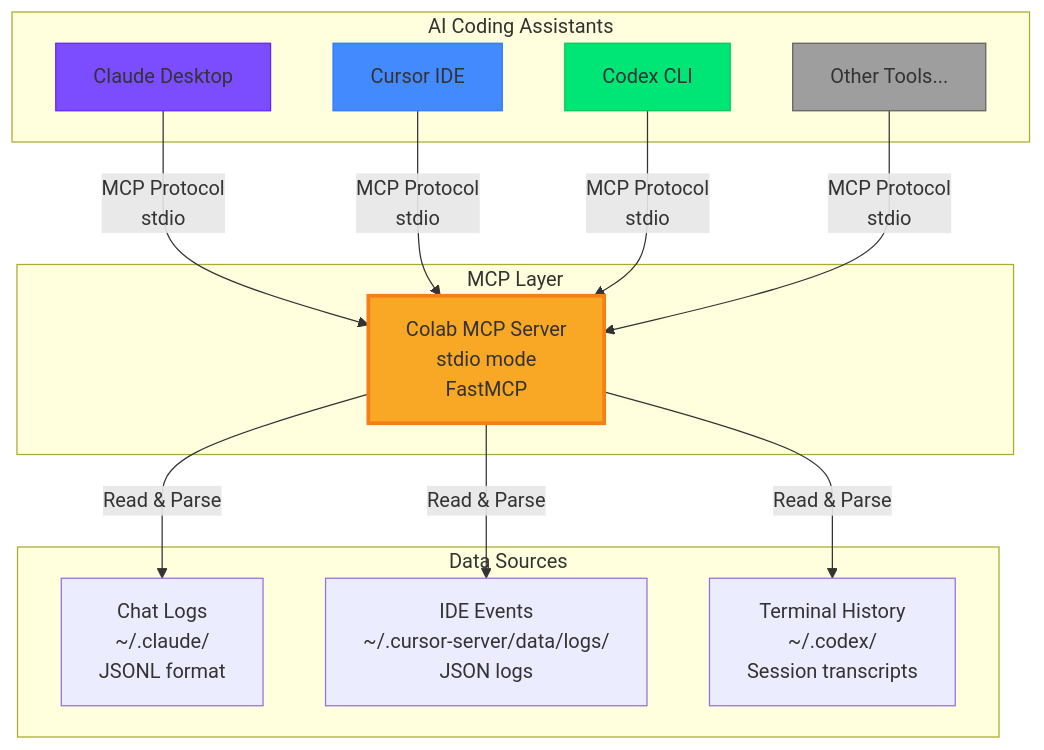
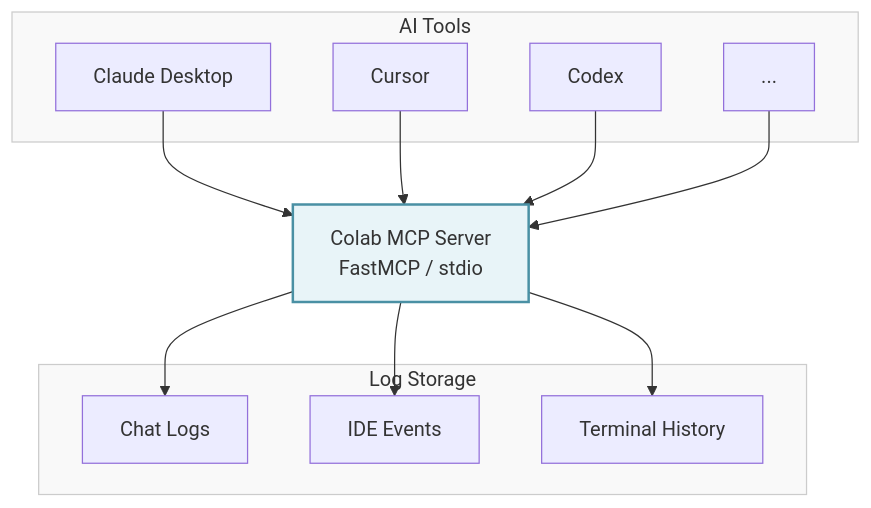
One commit to covertlabsaus/colab-mcp changed the first of 2 diagrams in docs/how-it-works.md. Above: the diagram before and after it, drawn with Mermaid. The commit also changed other lines of this file and 1 other file, not shown here.

Commit message:
Simplify Mermaid diagrams with muted colors

````diff
--- a/docs/how-it-works.md
+++ b/docs/how-it-works.md
@@ -9,34 +9,30 @@
 ```mermaid
 graph TB
-    subgraph "AI Coding Assistants"
+    subgraph AI["AI Tools"]
         Claude[Claude Desktop]
-        Cursor[Cursor IDE]
-        Codex[Codex CLI]
-        Others[Other Tools...]
+        Cursor[Cursor]
+        Codex[Codex]
+        Others[...]
     end
     
-    subgraph "MCP Layer"
-        MCP[Colab MCP Server<br/>stdio mode<br/>FastMCP]
+    MCP[Colab MCP Server<br/>FastMCP / stdio]
+    
+    subgraph Data["Log Storage"]
+        ChatLogs[Chat Logs]
+        IDELogs[IDE Events]
+        Terminal[Terminal History]
     end
     
-    subgraph "Data Sources"
-        ChatLogs[Chat Logs<br/>~/.claude/<br/>JSONL format]
-        IDELogs[IDE Events<br/>~/.cursor-server/data/logs/<br/>JSON logs]
-        Terminal[Terminal History<br/>~/.codex/<br/>Session transcripts]
-    end
+    Claude --> MCP
+    Cursor --> MCP
+    Codex --> MCP
+    Others --> MCP
     
-    Claude -->|MCP Protocol<br/>stdio| MCP
-    Cursor -->|MCP Protocol<br/>stdio| MCP
-    Codex -->|MCP Protocol<br/>stdio| MCP
-    Others -->|MCP Protocol<br/>stdio| MCP
+    MCP --> ChatLogs
+    MCP --> IDELogs
+    MCP --> Terminal
     
-    MCP -->|Read & Parse| ChatLogs
-    MCP -->|Read & Parse| IDELogs
-    MCP -->|Read & Parse| Terminal
-    
-    style MCP fill:#f9a825,stroke:#f57f17,stroke-width:3px
-    style Claude fill:#7c4dff,stroke:#651fff
-    style Cursor fill:#448aff,stroke:#2979ff
-    style Codex fill:#00e676,stroke:#00c853
-    style Others fill:#9e9e9e,stroke:#616161
+    style MCP fill:#e8f4f8,stroke:#4a90a4,stroke-width:2px
+    style AI fill:#f9f9f9,stroke:#ccc
+    style Data fill:#f9f9f9,stroke:#ccc
 ```
````
